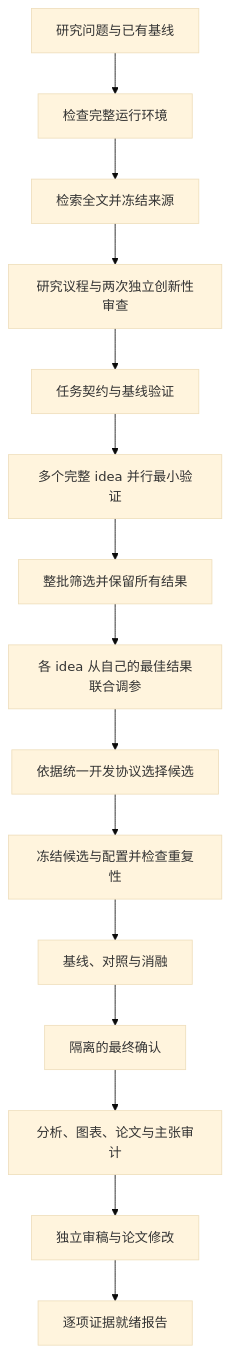
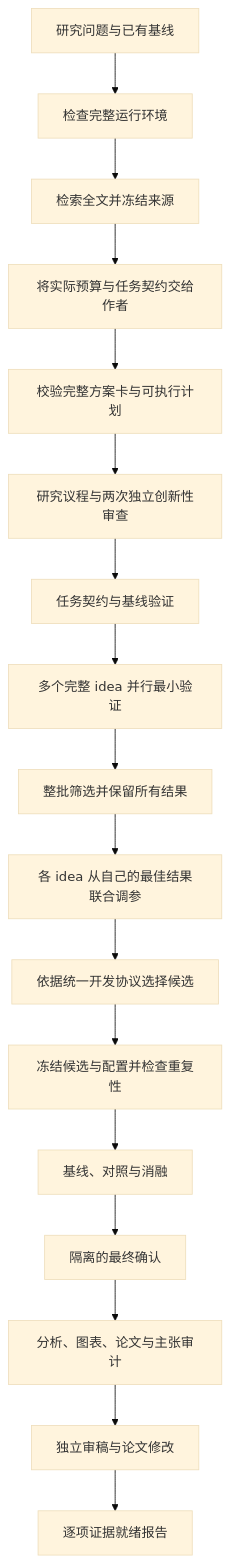
One commit to SUN-1024/AI-Scientist-v3 changed the diagram in docs/research-harness.zh-CN.md. Above: the diagram before and after it, drawn with Mermaid (base theme). The commit also changed other lines of this file and 16 other files, not shown here.

````diff
--- a/docs/research-harness.zh-CN.md
+++ b/docs/research-harness.zh-CN.md
@@ -7,17 +7,19 @@
 ```mermaid
 flowchart TD
     A[研究问题与已有基线] --> B[检查完整运行环境]
     B --> C[检索全文并冻结来源]
-    C --> D[研究议程与两次独立创新性审查]
+    C --> P[将实际预算与任务契约交给作者]
+    P --> Q[校验完整方案卡与可执行计划]
+    Q --> D[研究议程与两次独立创新性审查]
     D --> E[任务契约与基线验证]
     E --> F[多个完整 idea 并行最小验证]
     F --> G[整批筛选并保留所有结果]
     G --> H[各 idea 从自己的最佳结果联合调参]
     H --> I[依据统一开发协议选择候选]
     I --> J[冻结候选与配置并检查重复性]
     J --> K[基线、对照与消融]
     K --> L[隔离的最终确认]
     L --> M[分析、图表、论文与主张审计]
     M --> N[独立审稿与论文修改]
     N --> O[逐项证据就绪报告]
 ```
````
